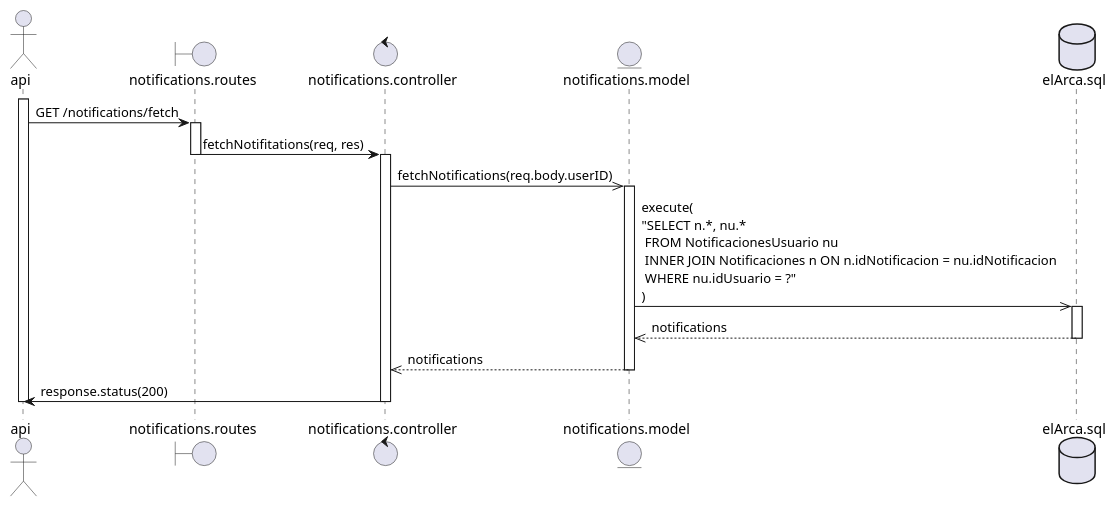
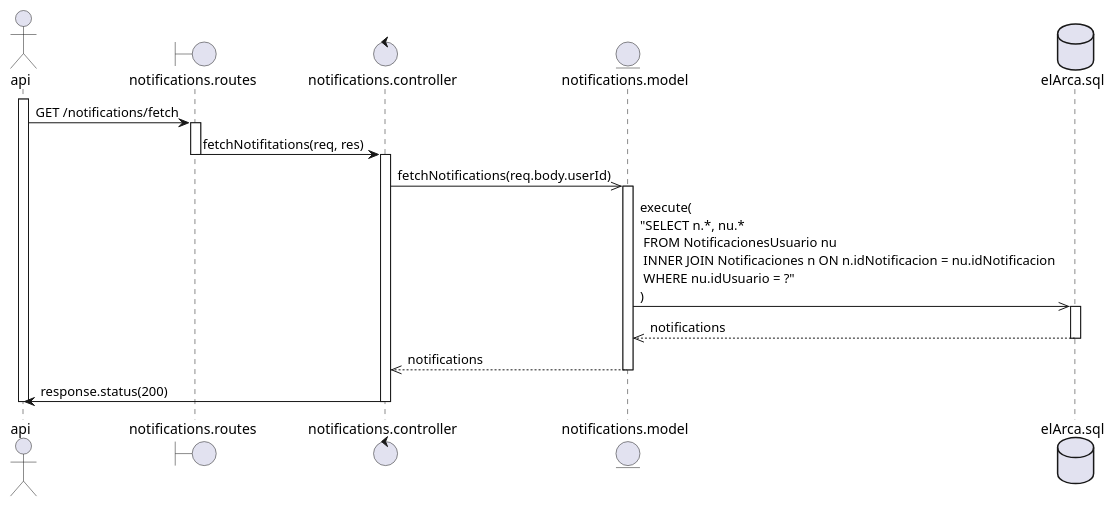
One commit to OlimpoHub/backend changed the diagram in Diagrams/fetchNotifications.puml. Above: the diagram before and after it, drawn with PlantUML. The commit also changed 6 other files, not shown here.

```diff
--- a/Diagrams/fetchNotifications.puml
+++ b/Diagrams/fetchNotifications.puml
@@ -1,36 +1,36 @@
 @startuml
 actor api
 boundary notifications.routes as routes
 control notifications.controller as controller
 entity notifications.model as model
 database elArca.sql as db
 
 activate api
 api -> routes: GET /notifications/fetch
 
 activate routes
 routes -> controller: fetchNotifitations(req, res)
 deactivate routes
 
 activate controller
 
-controller ->> model: fetchNotifications(req.body.userID)
+controller ->> model: fetchNotifications(req.body.userId)
 activate model
 
 model ->> db: execute(\n"SELECT n.*, nu.* \n FROM NotificacionesUsuario nu \n INNER JOIN Notificaciones n ON n.idNotificacion = nu.idNotificacion \n WHERE nu.idUsuario = ?"\n)
 
 activate db
 
 db -->> model: notifications
 deactivate db
 
 model -->> controller: notifications
 deactivate model
 
 controller -> api: response.status(200)
 
 deactivate controller
 
 deactivate api
 
 @enduml
```
